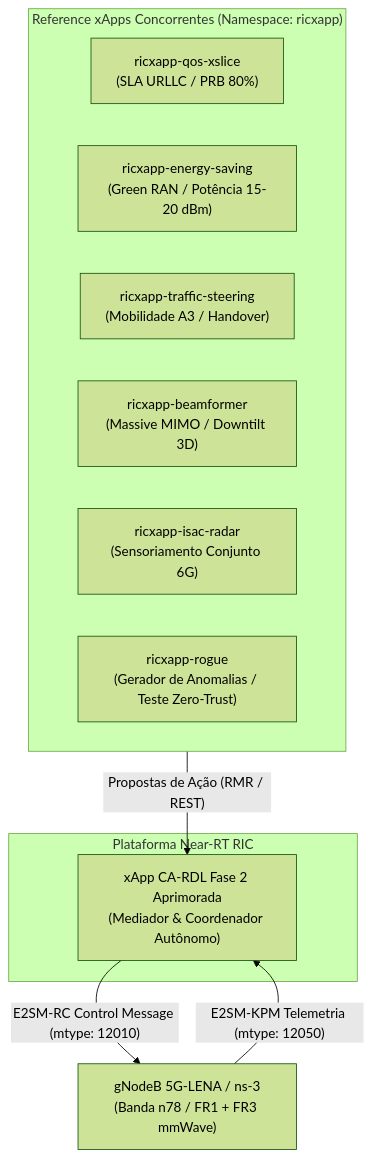
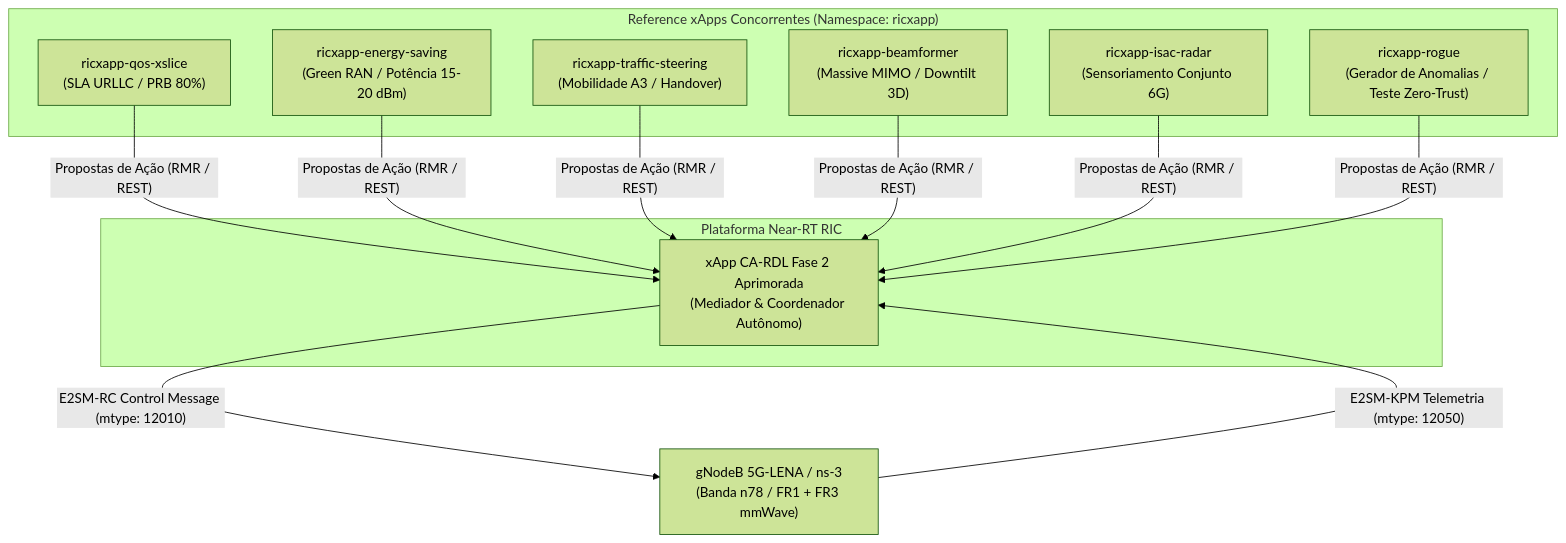
One commit to georgebarbosa3090/XApp-RDL-F2 changed the first of 2 diagrams in docs/14_relatorio_resultados_e_desempenho_comparativo_fase2.md. Above: the diagram before and after it, drawn with Mermaid (forest theme). The commit also changed other lines of this file and 15 other files, not shown here.

Commit message:
fix(docs): fix mermaid diagrams syntax and fix fallback MAPPO/Helm rollout timeout

````diff
--- a/docs/14_relatorio_resultados_e_desempenho_comparativo_fase2.md
+++ b/docs/14_relatorio_resultados_e_desempenho_comparativo_fase2.md
@@ -26,21 +26,26 @@
 ```mermaid
 flowchart TD
     subgraph XAPPS["Reference xApps Concorrentes (Namespace: ricxapp)"]
         X1["ricxapp-qos-xslice<br/>(SLA URLLC / PRB 80%)"]
         X2["ricxapp-energy-saving<br/>(Green RAN / Potência 15-20 dBm)"]
         X3["ricxapp-traffic-steering<br/>(Mobilidade A3 / Handover)"]
         X4["ricxapp-beamformer<br/>(Massive MIMO / Downtilt 3D)"]
         X5["ricxapp-isac-radar<br/>(Sensoriamento Conjunto 6G)"]
         X6["ricxapp-rogue<br/>(Gerador de Anomalias / Teste Zero-Trust)"]
     end
 
     subgraph Mediator["Plataforma Near-RT RIC"]
         RDL["xApp CA-RDL Fase 2 Aprimorada<br/>(Mediador & Coordenador Autônomo)"]
     end
 
     gNB["gNodeB 5G-LENA / ns-3<br/>(Banda n78 / FR1 + FR3 mmWave)"]
 
-    XAPPS -->|"Propostas de Ação (RMR / REST)"| RDL
+    X1 -->|"Propostas de Ação (RMR / REST)"| RDL
+    X2 -->|"Propostas de Ação (RMR / REST)"| RDL
+    X3 -->|"Propostas de Ação (RMR / REST)"| RDL
+    X4 -->|"Propostas de Ação (RMR / REST)"| RDL
+    X5 -->|"Propostas de Ação (RMR / REST)"| RDL
+    X6 -->|"Propostas de Ação (RMR / REST)"| RDL
     RDL -->|"E2SM-RC Control Message (mtype: 12010)"| gNB
     gNB -->|"E2SM-KPM Telemetria (mtype: 12050)"| RDL
 ```
````
